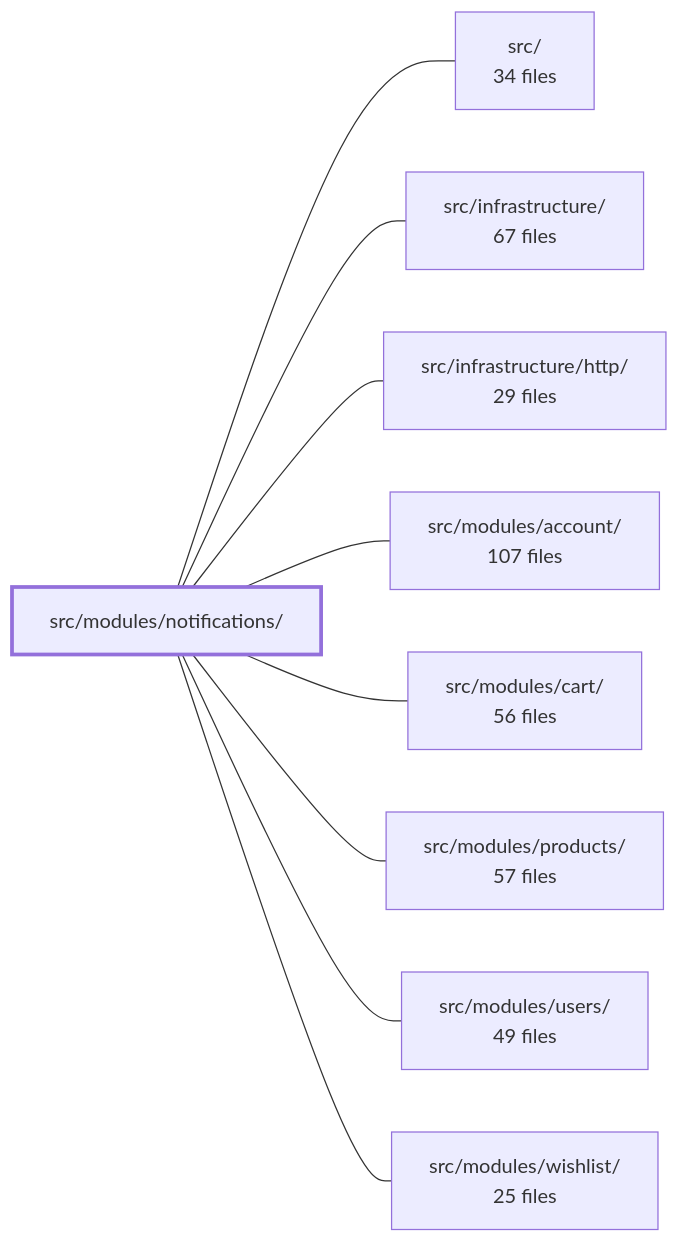
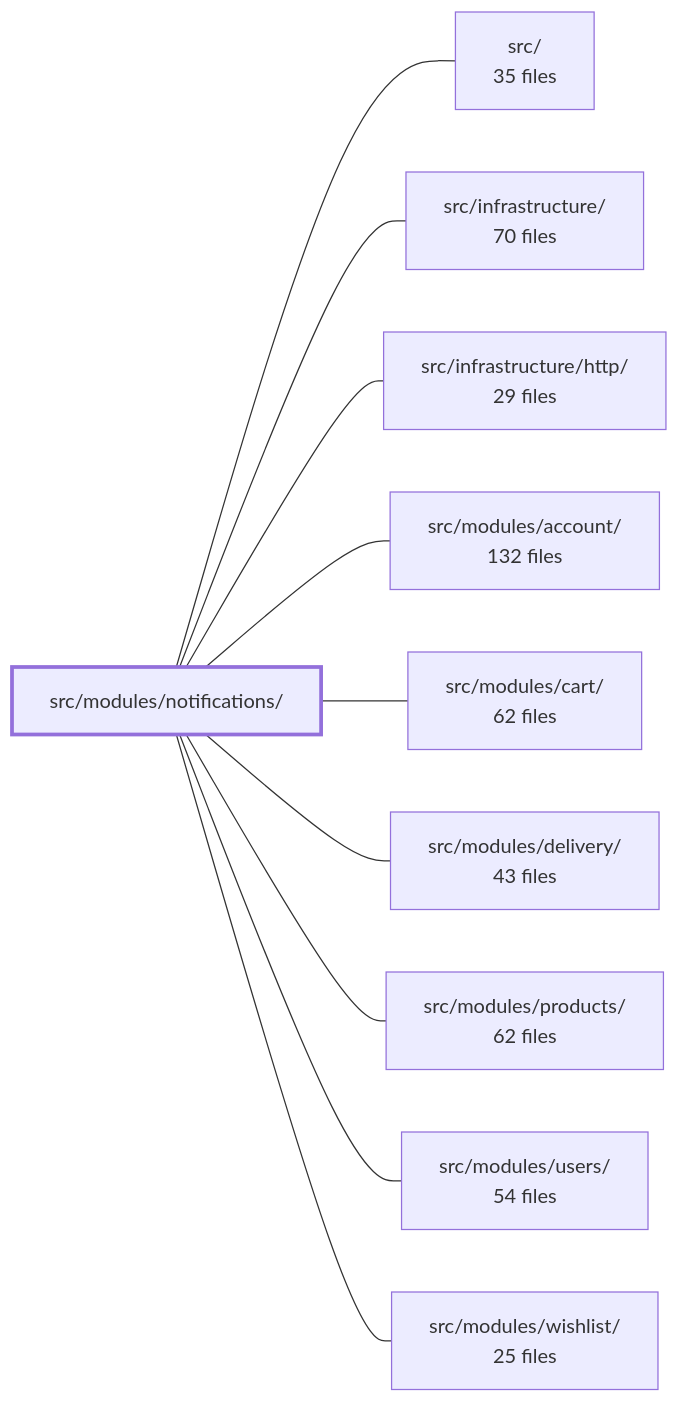
Before and after one commit to Guebbit/boilerplate-node-backend: the diagram in .2brain/modules/boilerplate-node-backend_src_modules_notifications.md, drawn with Mermaid. The commit also changed other lines of this file and 17 other files, not shown here.

````diff
--- a/.2brain/modules/boilerplate-node-backend_src_modules_notifications.md
+++ b/.2brain/modules/boilerplate-node-backend_src_modules_notifications.md
@@ -40,21 +41,23 @@
 ```mermaid
 flowchart LR
     m_src_modules_notifications["src/modules/notifications/"]
-    m_src["src/<br/>34 files"]
-    m_src_infrastructure["src/infrastructure/<br/>67 files"]
+    m_src["src/<br/>35 files"]
+    m_src_infrastructure["src/infrastructure/<br/>70 files"]
     m_src_infrastructure_http["src/infrastructure/http/<br/>29 files"]
-    m_src_modules_account["src/modules/account/<br/>107 files"]
-    m_src_modules_cart["src/modules/cart/<br/>56 files"]
-    m_src_modules_products["src/modules/products/<br/>57 files"]
-    m_src_modules_users["src/modules/users/<br/>49 files"]
+    m_src_modules_account["src/modules/account/<br/>132 files"]
+    m_src_modules_cart["src/modules/cart/<br/>62 files"]
+    m_src_modules_delivery["src/modules/delivery/<br/>43 files"]
+    m_src_modules_products["src/modules/products/<br/>62 files"]
+    m_src_modules_users["src/modules/users/<br/>54 files"]
     m_src_modules_wishlist["src/modules/wishlist/<br/>25 files"]
     m_src_modules_notifications --- m_src
     m_src_modules_notifications --- m_src_infrastructure
     m_src_modules_notifications --- m_src_infrastructure_http
     m_src_modules_notifications --- m_src_modules_account
     m_src_modules_notifications --- m_src_modules_cart
+    m_src_modules_notifications --- m_src_modules_delivery
     m_src_modules_notifications --- m_src_modules_products
     m_src_modules_notifications --- m_src_modules_users
     m_src_modules_notifications --- m_src_modules_wishlist
     style m_src_modules_notifications stroke-width:3px
 ```
````
